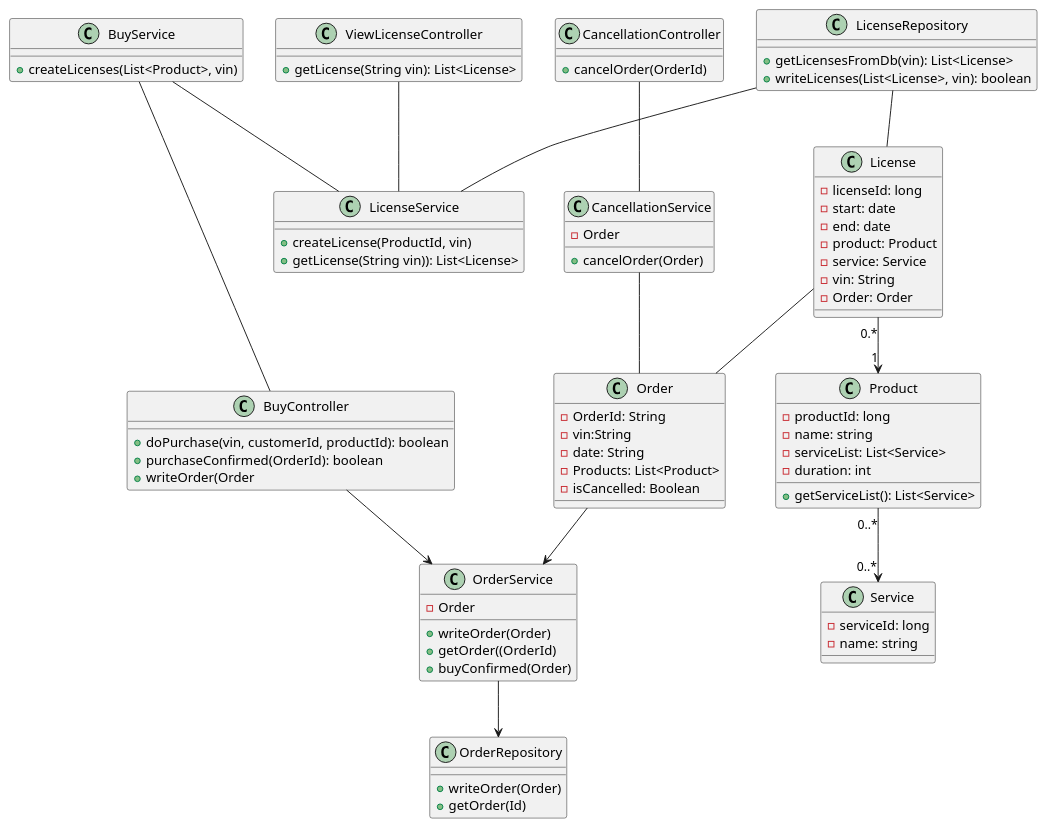
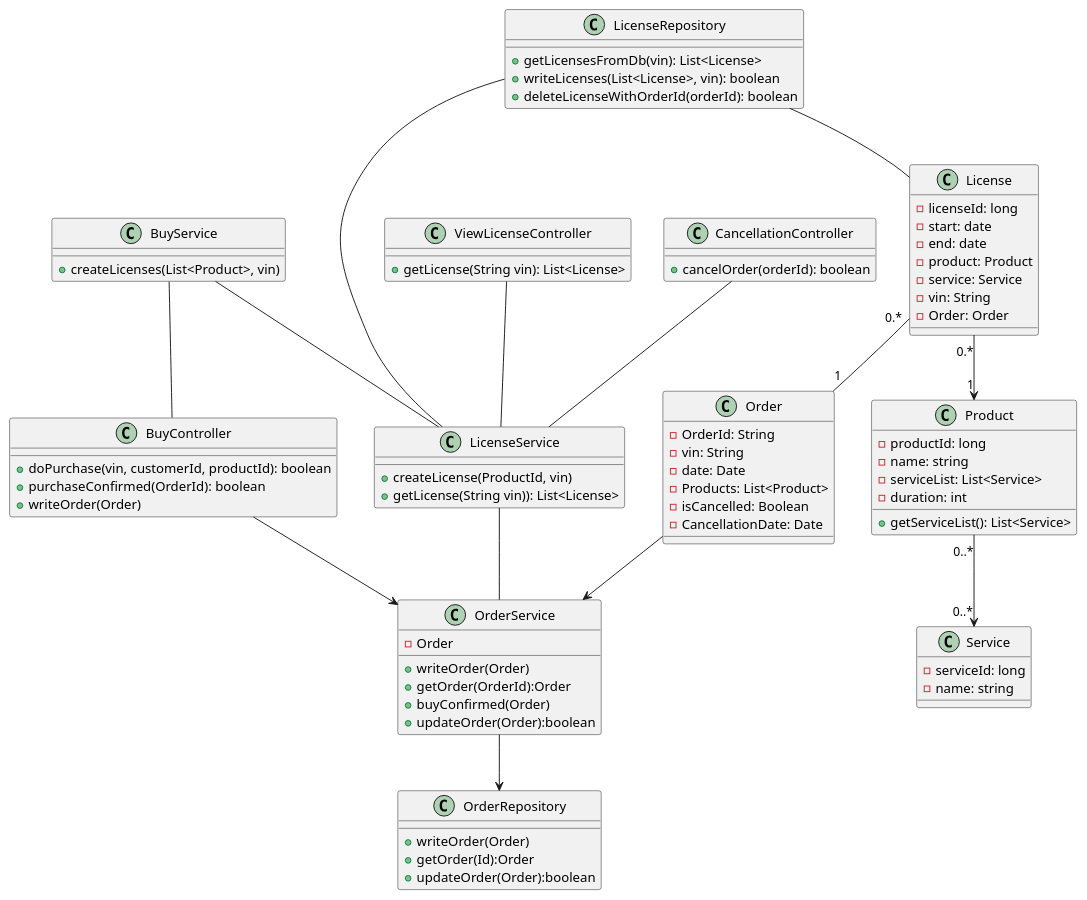
The diagram in Phase_1/2.0 class.puml (ljbg1996/car-backend), drawn with PlantUML before and after one commit.

Commit message:
UseCase update

```diff
--- a/Phase_1/2.0 class.puml
+++ b/Phase_1/2.0 class.puml
@@ -1,102 +1,102 @@
 @startuml
 
 class Product {
     - productId: long
     - name: string
     - serviceList: List<Service>
     - duration: int
     + getServiceList(): List<Service>
 
 }
 
 class Service {
     - serviceId: long
     - name: string
 
 }
 
 
 class License {
     - licenseId: long
     - start: date
     - end: date
     - product: Product
     - service: Service
     - vin: String
     - Order: Order
 }
 
 class LicenseRepository{
 
     +getLicensesFromDb(vin): List<License>
     +writeLicenses(List<License>, vin): boolean
+    +deleteLicenseWithOrderId(orderId): boolean
 
 }
 
 class ViewLicenseController {
     + getLicense(String vin): List<License>
 }
 
 class BuyController {
 
     + doPurchase(vin, customerId, productId): boolean
     + purchaseConfirmed(OrderId): boolean
-    + writeOrder(Order
+    + writeOrder(Order)
 }
 class CancellationController{
-+ cancelOrder(OrderId)
++ cancelOrder(orderId): boolean
 }
-CancellationController -- CancellationService
-class CancellationService{
-- Order
-+cancelOrder(Order)
-}
-CancellationService -- Order
+CancellationController -- LicenseService
+LicenseService--OrderService
+
+
 class OrderRepository{
 +writeOrder(Order)
-+getOrder(Id)
++getOrder(Id):Order
++updateOrder(Order):boolean
 }
 
 class Order{
 -OrderId: String
--vin:String
--date: String
+-vin: String
+-date: Date
 -Products: List<Product>
-    - isCancelled: Boolean
-
-
+- isCancelled: Boolean
+- CancellationDate: Date
 }
 
 class OrderService{
     -Order
     +writeOrder(Order)
-    +getOrder((OrderId)
+    +getOrder(OrderId):Order
     +buyConfirmed(Order)
+    +updateOrder(Order):boolean
 }
 
 class LicenseService{
 
     + createLicense(ProductId, vin)
     + getLicense(String vin)): List<License>
 
 }
 
 class BuyService {
 
     +createLicenses(List<Product>, vin)
 }
 
 LicenseRepository-- License
 LicenseRepository -- LicenseService
 BuyService -- LicenseService
 ViewLicenseController -- LicenseService
 BuyController --> OrderService
 
 BuyService -- BuyController
-License -- Order
+License "0.*" --"1"  Order
 
 License "0.*" --> "1"Product
 Product "0..*" --> "0..*" Service
 OrderService --> OrderRepository
 Order --> OrderService
 @enduml
```
